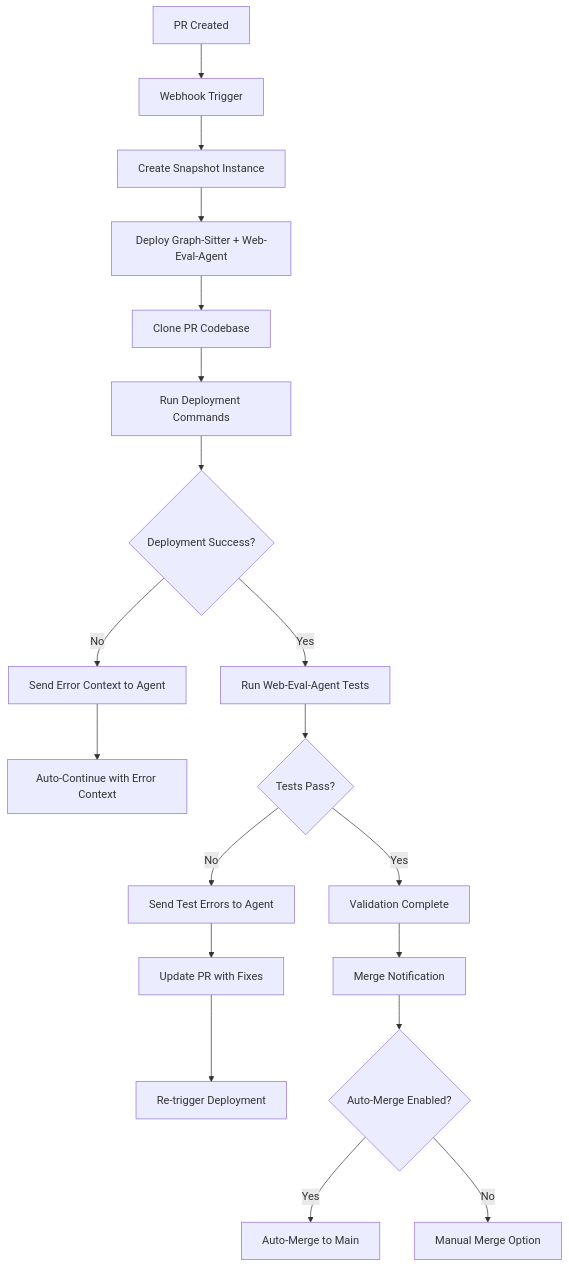
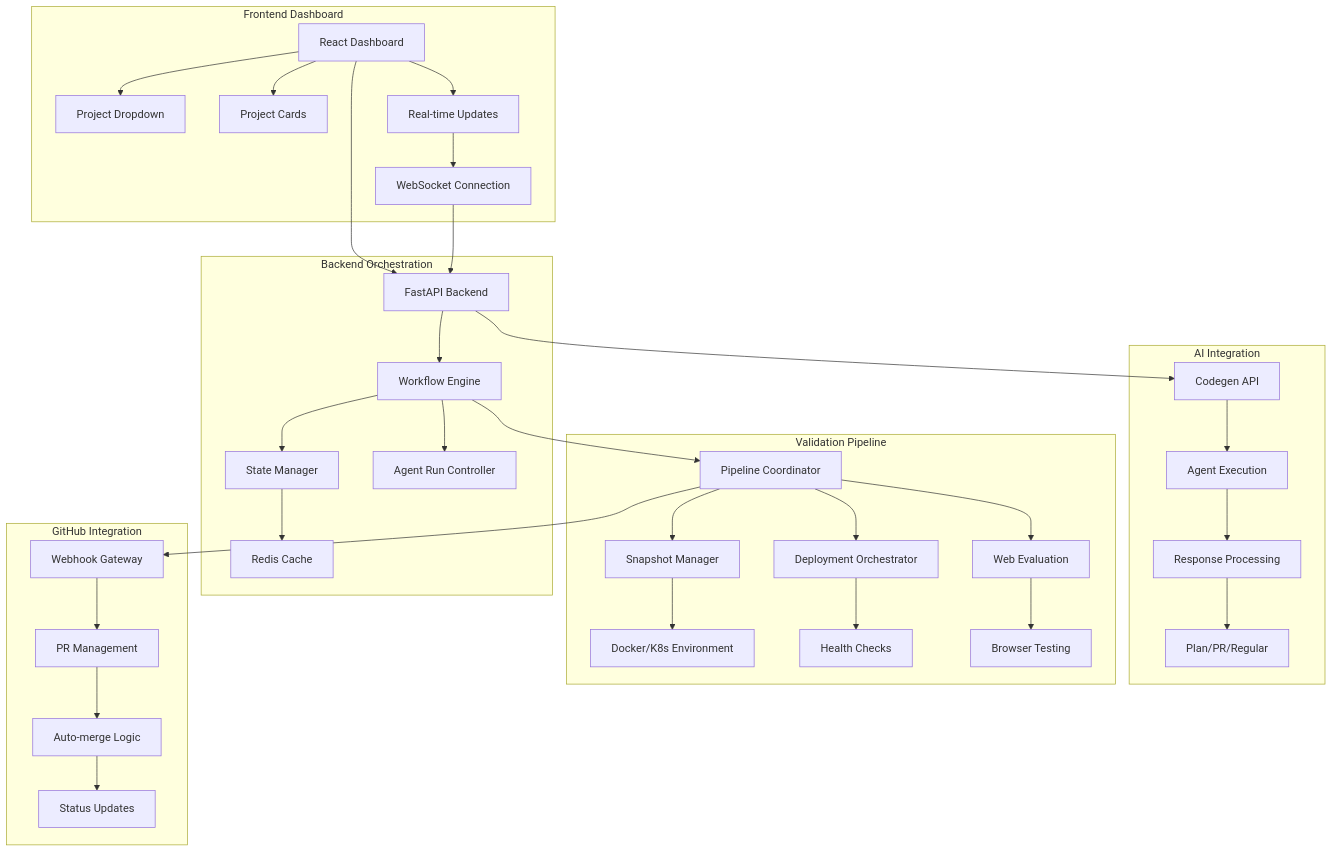
The diagram in README.md (Zeeeepa/codegenApp), drawn with Mermaid before and after one commit. The commit also changed other lines of this file and 3 other files, not shown here.

````diff
--- a/README.md
+++ b/README.md
@@ -103,21 +11,43 @@
 ```mermaid
-graph TD
-    A[PR Created] --> B[Webhook Trigger]
-    B --> C[Create Snapshot Instance]
-    C --> D[Deploy Graph-Sitter + Web-Eval-Agent]
-    D --> E[Clone PR Codebase]
-    E --> F[Run Deployment Commands]
-    F --> G{Deployment Success?}
-    G -->|No| H[Send Error Context to Agent]
-    G -->|Yes| I[Run Web-Eval-Agent Tests]
-    H --> J[Auto-Continue with Error Context]
-    I --> K{Tests Pass?}
-    K -->|No| L[Send Test Errors to Agent]
-    K -->|Yes| M[Validation Complete]
-    L --> N[Update PR with Fixes]
-    N --> O[Re-trigger Deployment]
-    M --> P[Merge Notification]
-    P --> Q{Auto-Merge Enabled?}
-    Q -->|Yes| R[Auto-Merge to Main]
-    Q -->|No| S[Manual Merge Option]
+graph TB
+    subgraph "Frontend Dashboard"
+        A[React Dashboard] --> B[Project Dropdown]
+        A --> C[Project Cards]
+        A --> D[Real-time Updates]
+        D --> E[WebSocket Connection]
+    end
+    
+    subgraph "Backend Orchestration"
+        F[FastAPI Backend] --> G[Workflow Engine]
+        G --> H[State Manager]
+        G --> I[Agent Run Controller]
+        H --> J[Redis Cache]
+    end
+    
+    subgraph "AI Integration"
+        K[Codegen API] --> L[Agent Execution]
+        L --> M[Response Processing]
+        M --> N[Plan/PR/Regular]
+    end
+    
+    subgraph "Validation Pipeline"
+        O[Pipeline Coordinator] --> P[Snapshot Manager]
+        P --> Q[Docker/K8s Environment]
+        O --> R[Deployment Orchestrator]
+        R --> S[Health Checks]
+        O --> T[Web Evaluation]
+        T --> U[Browser Testing]
+    end
+    
+    subgraph "GitHub Integration"
+        V[Webhook Gateway] --> W[PR Management]
+        W --> X[Auto-merge Logic]
+        X --> Y[Status Updates]
+    end
+    
+    A --> F
+    F --> K
+    G --> O
+    O --> V
+    E --> F
 ```
````
